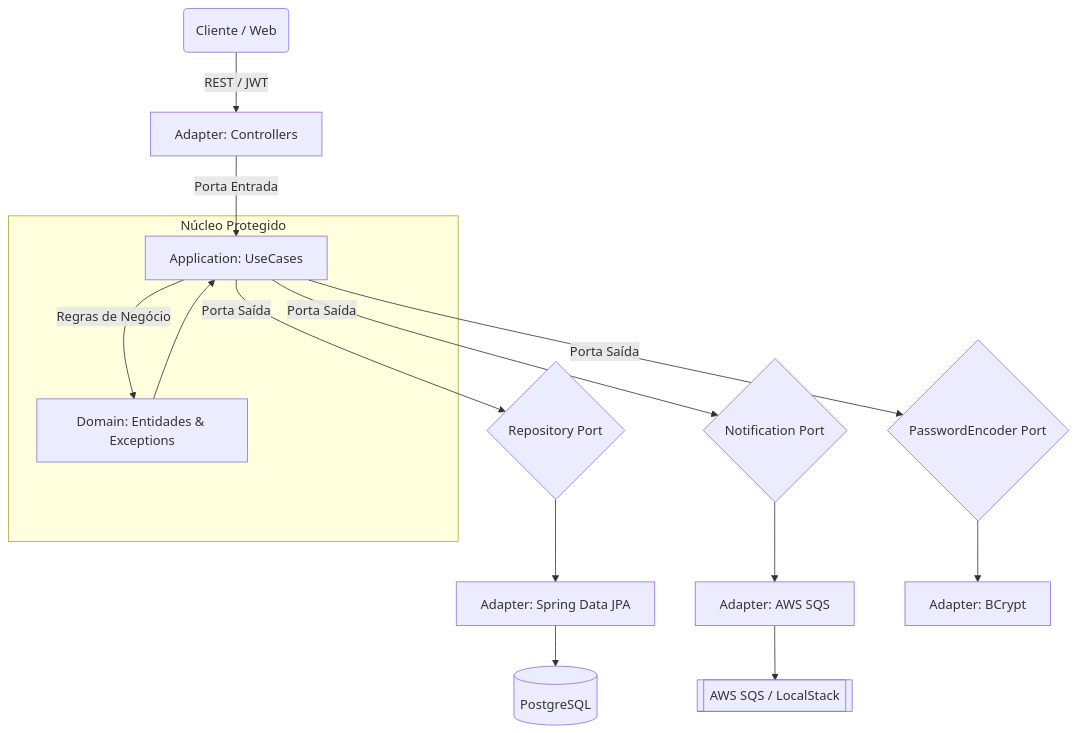
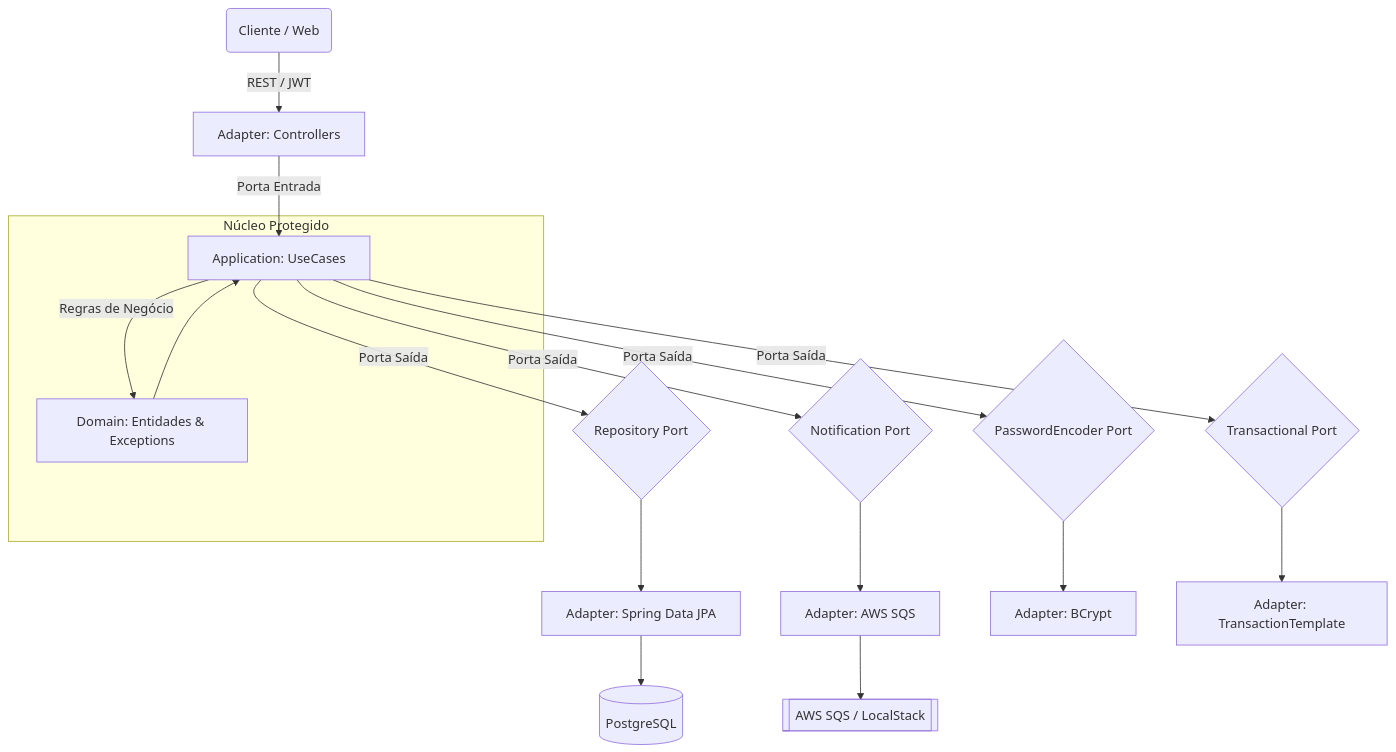
The diagram in README.md (weritonpetreca/vivaldi-bank), drawn with Mermaid before and after one commit. The commit also changed other lines of this file and 20 other files, not shown here.

First line of the commit message:
refactor(arch): replace @Transactional with TransactionalPort and strengthen ArchUnit rules (#3)

````diff
--- a/README.md
+++ b/README.md
@@ -21,21 +20,23 @@
 ```mermaid
 graph TD
     Client(Cliente / Web) -->|REST / JWT| AdapterWeb[Adapter: Controllers]
     AdapterWeb -->|Porta Entrada| UseCases[Application: UseCases]
 
     subgraph Core [Núcleo Protegido]
         UseCases -->|Regras de Negócio| Domain[Domain: Entidades & Exceptions]
         Domain --> UseCases
     end
 
     UseCases -->|Porta Saída| PortRepo{Repository Port}
     UseCases -->|Porta Saída| PortMsg{Notification Port}
     UseCases -->|Porta Saída| PortSec{PasswordEncoder Port}
+    UseCases -->|Porta Saída| PortTx{Transactional Port}
 
     PortRepo --> AdapterPersist[Adapter: Spring Data JPA]
     PortMsg --> AdapterSQS[Adapter: AWS SQS]
     PortSec --> AdapterSec[Adapter: BCrypt]
+    PortTx --> AdapterTx[Adapter: TransactionTemplate]
 
     AdapterPersist --> DB[(PostgreSQL)]
     AdapterSQS --> Queue[[AWS SQS / LocalStack]]
 ```
````
